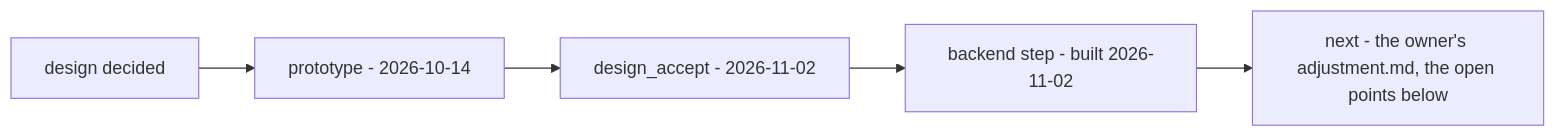
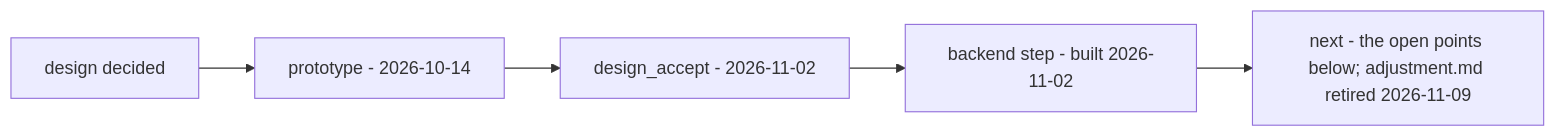
Before and after one commit to pdcgo/warehouse_revamp: the first of 2 diagrams in docs/development_state/inventory/opname.md, drawn with Mermaid. The commit also changed other lines of this file and 116 other files, not shown here.

````diff
--- a/docs/development_state/inventory/opname.md
+++ b/docs/development_state/inventory/opname.md
@@ -8,7 +8,7 @@
 ```mermaid
 flowchart LR
   A["design decided"] --> P["prototype - 2026-10-14"]
   P --> D["design_accept - 2026-11-02"]
   D --> B["backend step - built 2026-11-02"]
-  B --> N["next - the owner's adjustment.md, the open points below"]
+  B --> N["next - the open points below; adjustment.md retired 2026-11-09"]
 ```
````
